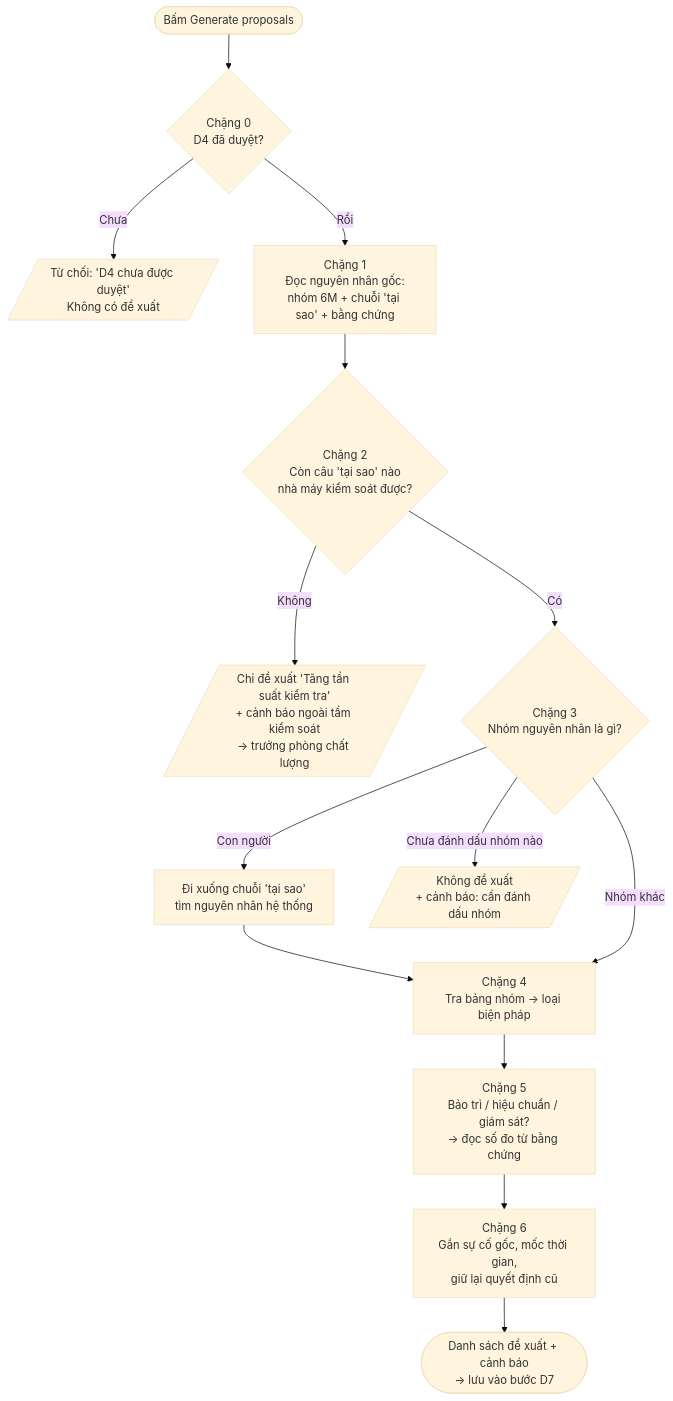
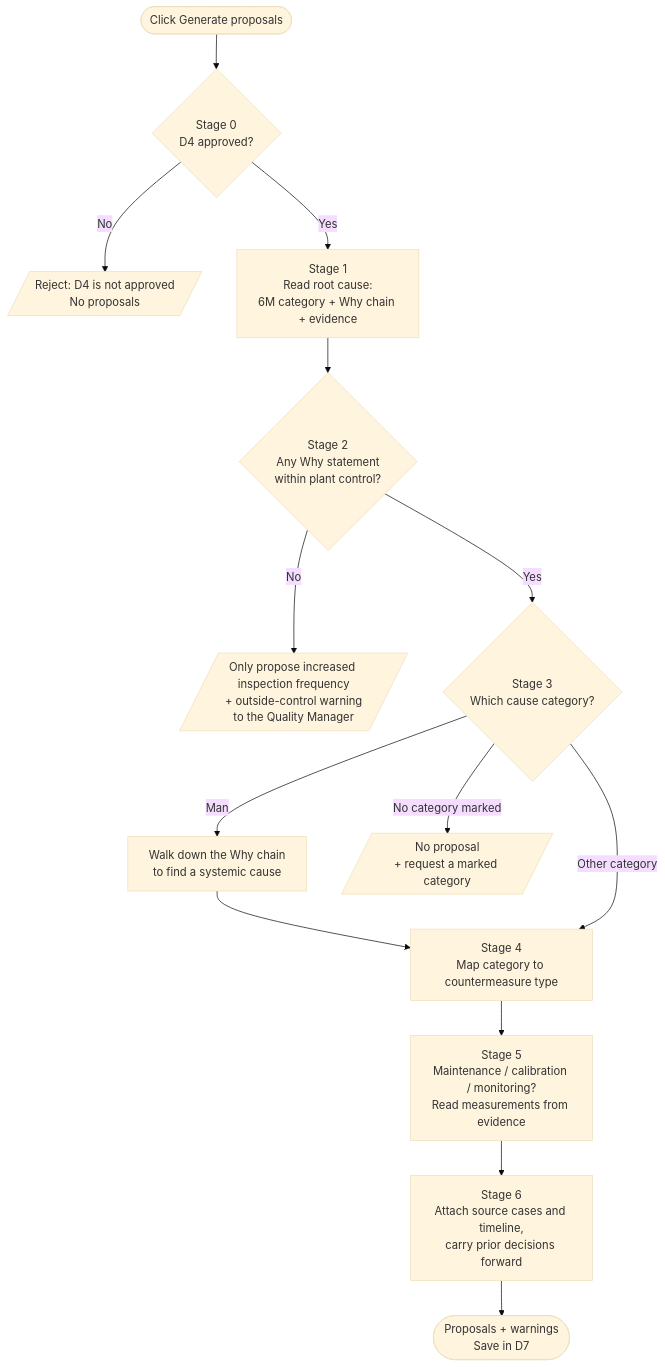
One commit to DungTruong1610/8D_problem_solving changed the third of 8 diagrams in presentation/maintenance-history-briefing.md. Above: the diagram before and after it, drawn with Mermaid (base theme). The commit also changed other lines of this file and 48 other files, not shown here.

````diff
--- a/presentation/maintenance-history-briefing.md
+++ b/presentation/maintenance-history-briefing.md
@@ -152,16 +145,16 @@
 ```mermaid
 flowchart TD
-    S([Bấm Generate proposals]) --> C0{Chặng 0<br/>D4 đã duyệt?}
-    C0 -- Chưa --> X0[/Từ chối: 'D4 chưa được duyệt'<br/>Không có đề xuất/]
-    C0 -- Rồi --> C1[Chặng 1<br/>Đọc nguyên nhân gốc:<br/>nhóm 6M + chuỗi 'tại sao' + bằng chứng]
-    C1 --> C2{Chặng 2<br/>Còn câu 'tại sao' nào<br/>nhà máy kiểm soát được?}
-    C2 -- Không --> X2[/Chỉ đề xuất 'Tăng tần suất kiểm tra'<br/>+ cảnh báo ngoài tầm kiểm soát<br/>→ trưởng phòng chất lượng/]
-    C2 -- Có --> C3{Chặng 3<br/>Nhóm nguyên nhân là gì?}
-    C3 -- Con người --> C3a[Đi xuống chuỗi 'tại sao'<br/>tìm nguyên nhân hệ thống]
+    S([Click Generate proposals]) --> C0{Stage 0<br/>D4 approved?}
+    C0 -- No --> X0[/Reject: D4 is not approved<br/>No proposals/]
+    C0 -- Yes --> C1[Stage 1<br/>Read root cause:<br/>6M category + Why chain + evidence]
+    C1 --> C2{Stage 2<br/>Any Why statement<br/>within plant control?}
+    C2 -- No --> X2[/Only propose increased inspection frequency<br/>+ outside-control warning<br/>to the Quality Manager/]
+    C2 -- Yes --> C3{Stage 3<br/>Which cause category?}
+    C3 -- Man --> C3a[Walk down the Why chain<br/>to find a systemic cause]
     C3a --> C4
-    C3 -- Chưa đánh dấu nhóm nào --> X3[/Không đề xuất<br/>+ cảnh báo: cần đánh dấu nhóm/]
-    C3 -- Nhóm khác --> C4[Chặng 4<br/>Tra bảng nhóm → loại biện pháp]
-    C4 --> C5[Chặng 5<br/>Bảo trì / hiệu chuẩn / giám sát?<br/>→ đọc số đo từ bằng chứng]
-    C5 --> C6[Chặng 6<br/>Gắn sự cố gốc, mốc thời gian,<br/>giữ lại quyết định cũ]
-    C6 --> OUT([Danh sách đề xuất + cảnh báo<br/>→ lưu vào bước D7])
+    C3 -- No category marked --> X3[/No proposal<br/>+ request a marked category/]
+    C3 -- Other category --> C4[Stage 4<br/>Map category to countermeasure type]
+    C4 --> C5[Stage 5<br/>Maintenance / calibration / monitoring?<br/>Read measurements from evidence]
+    C5 --> C6[Stage 6<br/>Attach source cases and timeline,<br/>carry prior decisions forward]
+    C6 --> OUT([Proposals + warnings<br/>Save in D7])
 ```
````
